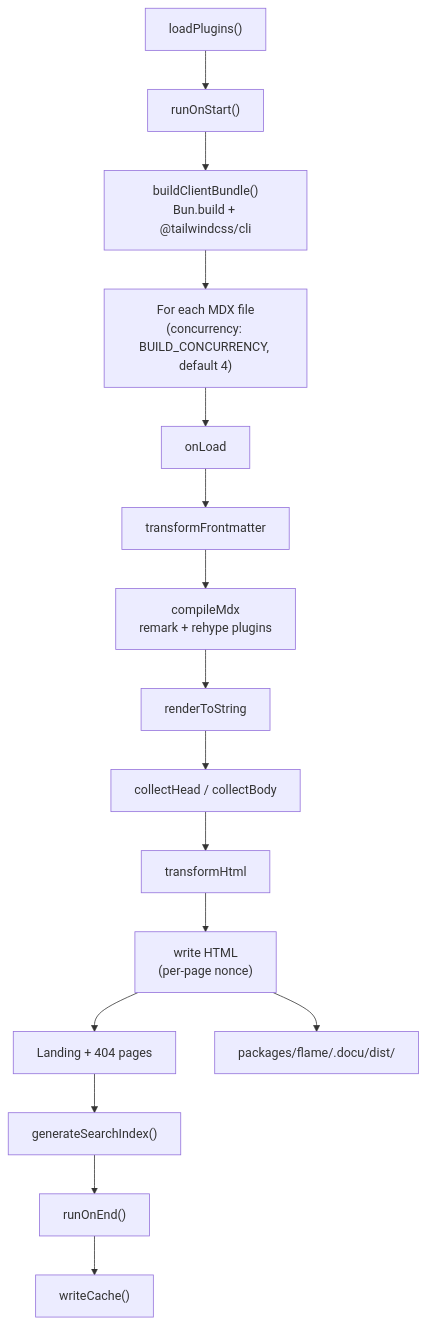
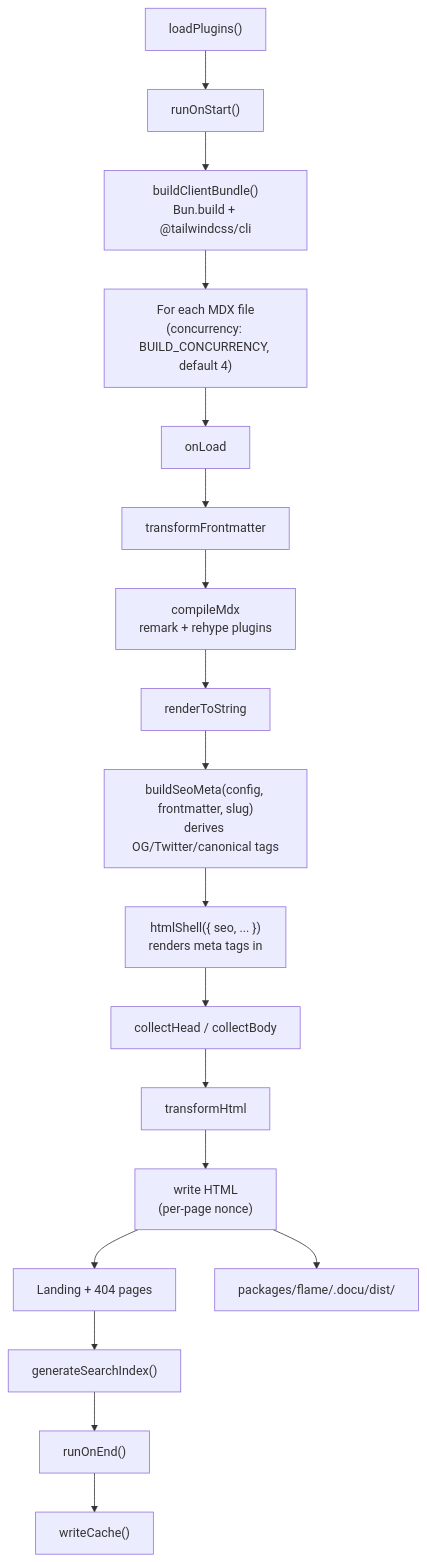
The second of 2 diagrams in ARCHITECTURE.md (DocuBook/docubook), drawn with Mermaid before and after one commit. The commit also changed other lines of this file and 2 other files, not shown here.

Commit message:
docs: update architecture, readme, and pullfrog modes to reflect current codebase

````diff
--- a/ARCHITECTURE.md
+++ b/ARCHITECTURE.md
@@ -70,22 +70,24 @@
 ```mermaid
 flowchart TD
     Start["loadPlugins()"] --> OnStart["runOnStart()"]
     OnStart --> Bundle["buildClientBundle()<br/>Bun.build + @tailwindcss/cli"]
 
     Bundle --> Loop["For each MDX file<br/>(concurrency: BUILD_CONCURRENCY, default 4)"]
 
     Loop --> Load["onLoad"]
     Load --> FM["transformFrontmatter"]
     FM --> Compile["compileMdx<br/>remark + rehype plugins"]
     Compile --> Render["renderToString"]
-    Render --> Collect["collectHead / collectBody"]
+    Render --> BuildSeo["buildSeoMeta(config, frontmatter, slug)\nderives OG/Twitter/canonical tags"]
+    BuildSeo --> HtmlShell["htmlShell({ seo, ... })\nrenders meta tags in <head>"]
+    HtmlShell --> Collect["collectHead / collectBody"]
     Collect --> Transform["transformHtml"]
     Transform --> Write["write HTML<br/>(per-page nonce)"]
 
     Write --> Next["Landing + 404 pages"]
     Next --> Search["generateSearchIndex()"]
     Search --> OnEnd["runOnEnd()"]
     OnEnd --> Cache["writeCache()"]
 
     Write --> Output["packages/flame/.docu/dist/"]
 ```
````
